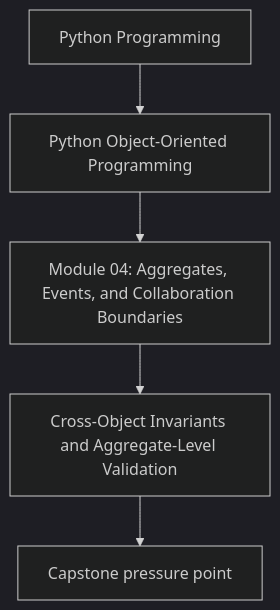
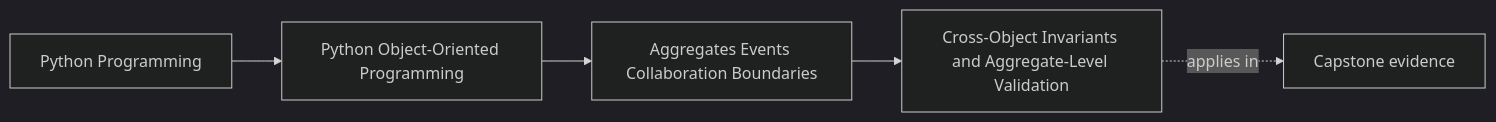
The first of 2 diagrams in programs/python-programming/python-object-oriented-programming/course-book/module-04-aggregates-events-collaboration-boundaries/cross-object-invariants.md (bijux/bijux-masterclass), drawn with Mermaid (dark theme) before and after one commit. The commit also changed other lines of this file and 65 other files, not shown here.

Commit message:
docs(python-object-oriented-programming): map object model and design foundations

````diff
--- a/programs/python-programming/python-object-oriented-programming/course-book/module-04-aggregates-events-collaboration-boundaries/cross-object-invariants.md
+++ b/programs/python-programming/python-object-oriented-programming/course-book/module-04-aggregates-events-collaboration-boundaries/cross-object-invariants.md
@@ -7,7 +7,11 @@
 ```mermaid
-flowchart TD
-  family["Python Programming"] --> program["Python Object-Oriented Programming"]
-  program --> module["Module 04: Aggregates, Events, and Collaboration Boundaries"]
-  module --> concept["Cross-Object Invariants and Aggregate-Level Validation"]
-  concept --> capstone["Capstone pressure point"]
+graph LR
+  family["Python Programming"]
+  program["Python Object-Oriented Programming"]
+  section["Aggregates Events Collaboration Boundaries"]
+  page["Cross-Object Invariants and Aggregate-Level Validation"]
+  capstone["Capstone evidence"]
+
+  family --> program --> section --> page
+  page -.applies in.-> capstone
 ```
````
